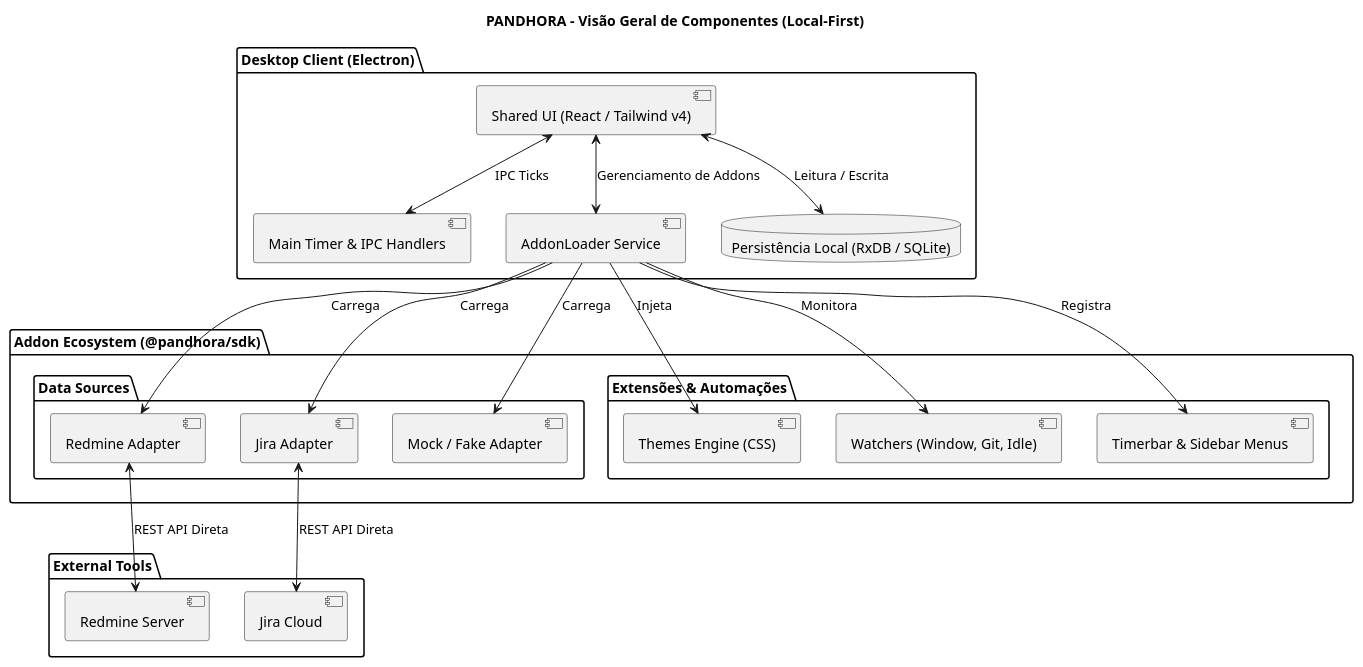
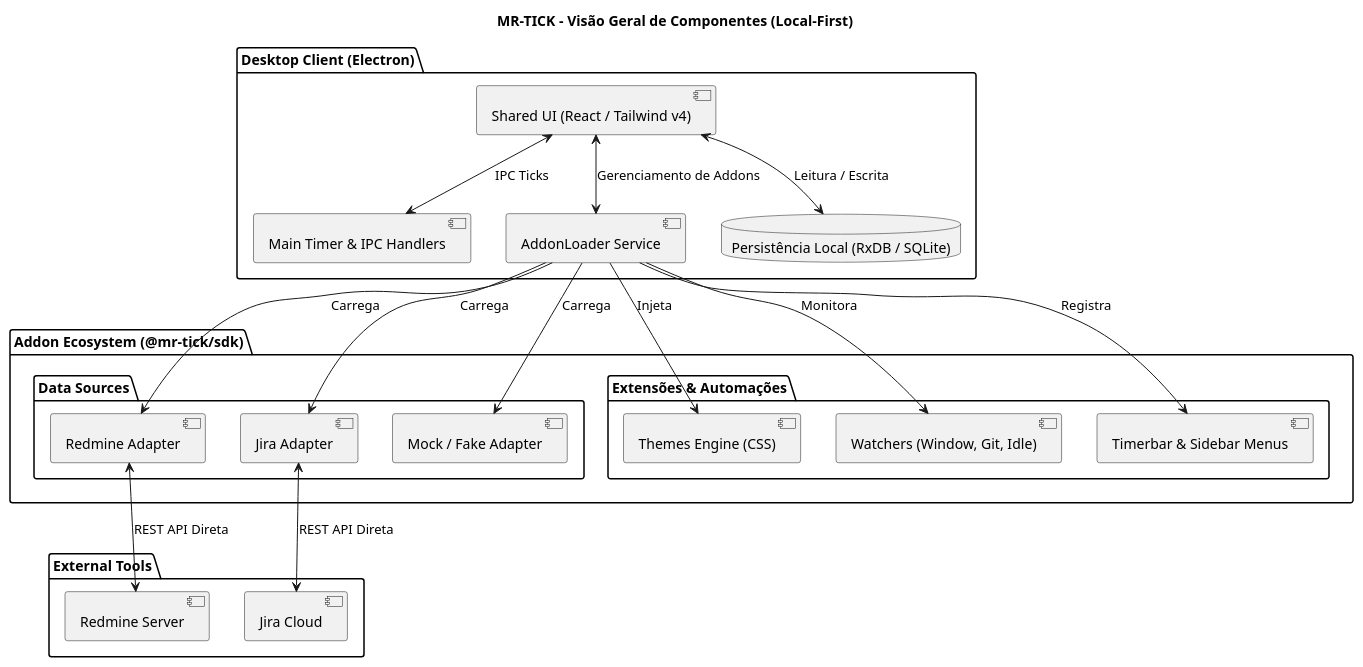
One commit to Gustavohps10/gamhora changed the diagram in docs/srs/diagrams/puml/uml/diagram-uml-005-component-overview.puml. Above: the diagram before and after it, drawn with PlantUML. The commit also changed 329 other files, not shown here.

```diff
--- a/docs/srs/diagrams/puml/uml/diagram-uml-005-component-overview.puml
+++ b/docs/srs/diagrams/puml/uml/diagram-uml-005-component-overview.puml
@@ -1,42 +1,42 @@
 @startuml ComponentOverview
-title PANDHORA - Visão Geral de Componentes (Local-First)
+title MR-TICK - Visão Geral de Componentes (Local-First)
 
 package "Desktop Client (Electron)" {
     [Shared UI (React / Tailwind v4)] as SharedUI
     [Main Timer & IPC Handlers] as MainTimer
     [AddonLoader Service] as AddonLoader
     database "Persistência Local (RxDB / SQLite)" as LocalDB
 }
 
-package "Addon Ecosystem (@pandhora/sdk)" {
+package "Addon Ecosystem (@mr-tick/sdk)" {
     package "Data Sources" {
         [Redmine Adapter] as Redmine
         [Jira Adapter] as Jira
         [Mock / Fake Adapter] as MockDS
     }
     package "Extensões & Automações" {
         [Themes Engine (CSS)] as Themes
         [Watchers (Window, Git, Idle)] as Watchers
         [Timerbar & Sidebar Menus] as Menus
     }
 }
 
 package "External Tools" {
     [Redmine Server] as ExtRedmine
     [Jira Cloud] as ExtJira
 }
 
 SharedUI <--> MainTimer : IPC Ticks
 SharedUI <--> LocalDB : Leitura / Escrita
 SharedUI <--> AddonLoader : Gerenciamento de Addons
 
 AddonLoader --> Redmine : Carrega
 AddonLoader --> Jira : Carrega
 AddonLoader --> MockDS : Carrega
 AddonLoader --> Themes : Injeta
 AddonLoader --> Watchers : Monitora
 AddonLoader --> Menus : Registra
 
 Redmine <--> ExtRedmine : REST API Direta
 Jira <--> ExtJira : REST API Direta
 @enduml
```
